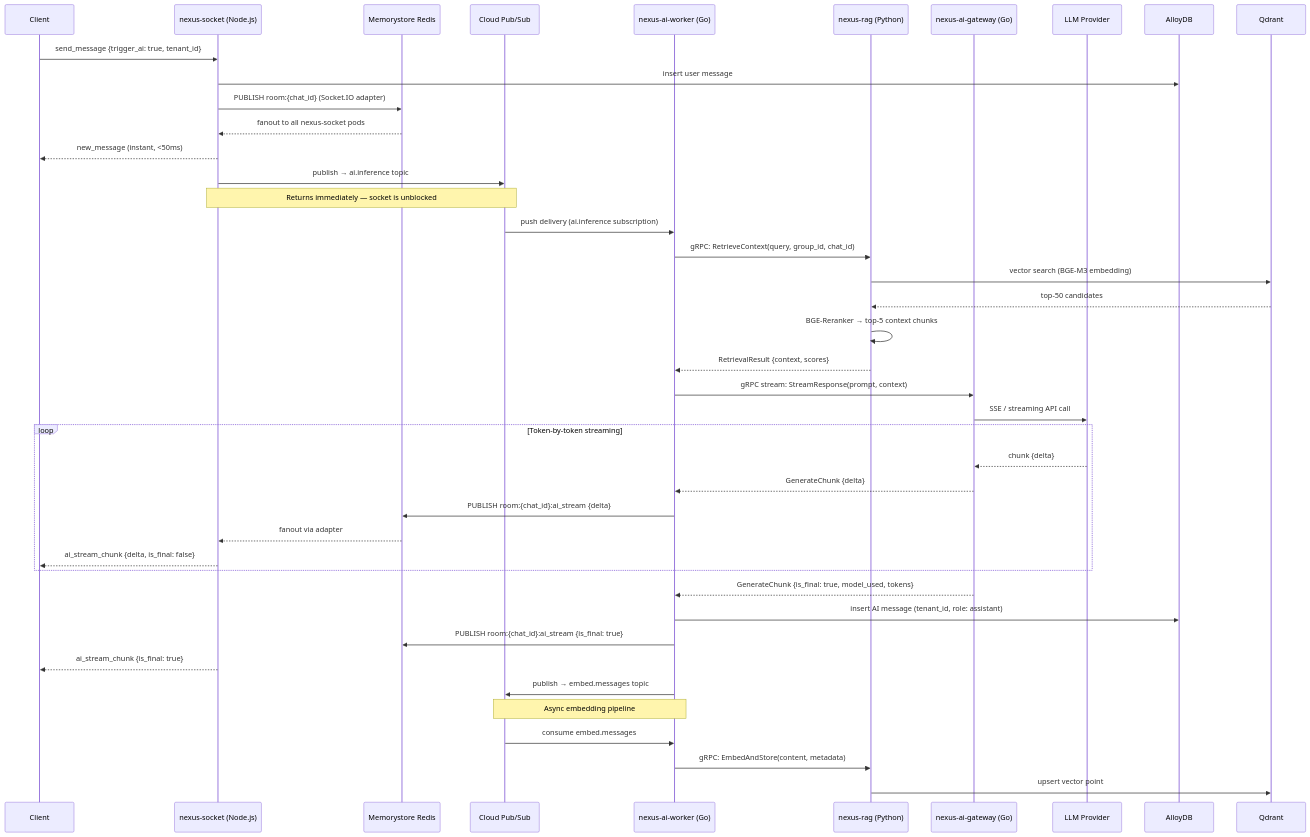
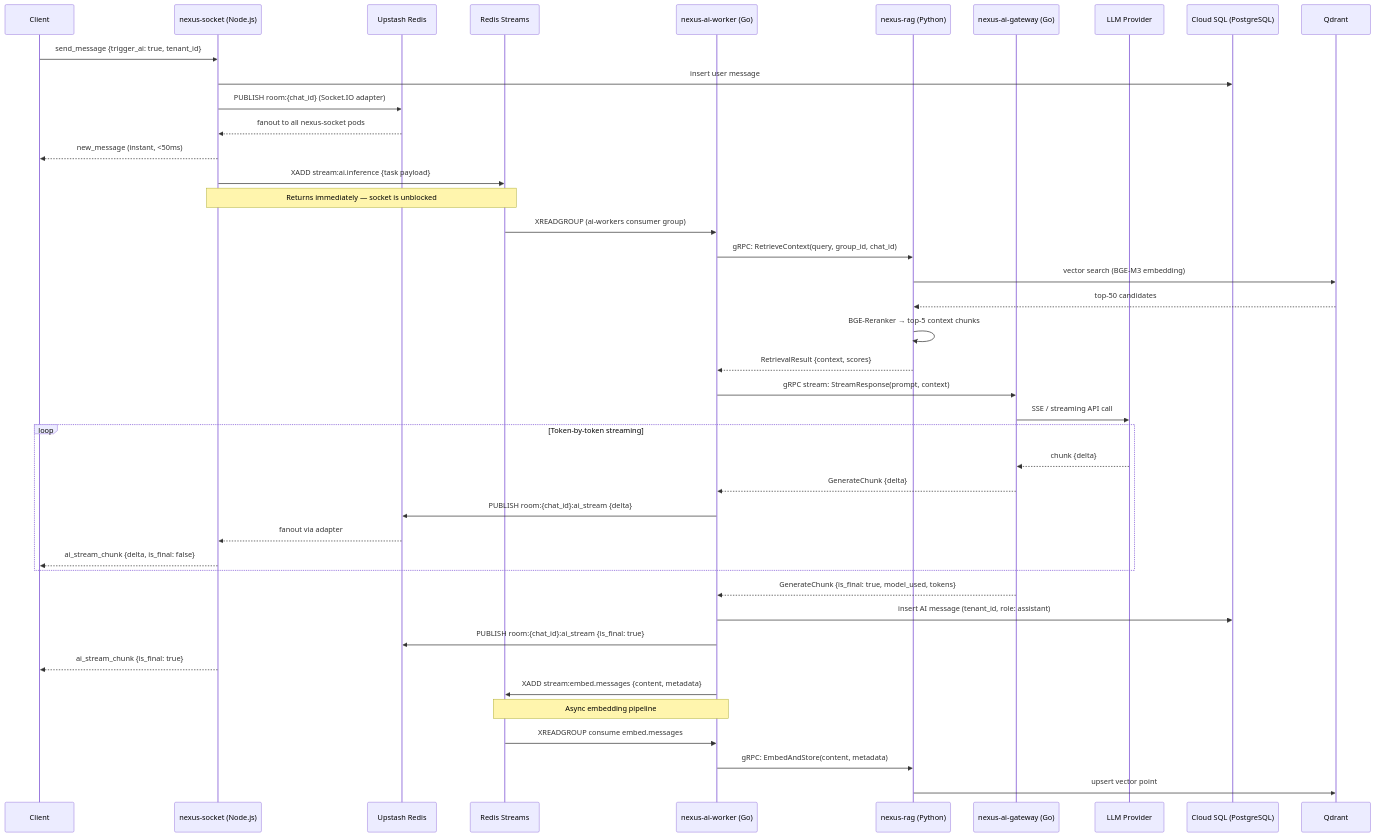
One commit to Nexus-chat-5039/Nexus-chat changed the fifth of 24 diagrams in ARCHITECTURE.md. Above: the diagram before and after it, drawn with Mermaid. The commit also changed other lines of this file and 38 other files, not shown here.

Commit message:
feat: implement minimal architecture with custom JWT auth

````diff
--- a/ARCHITECTURE.md
+++ b/ARCHITECTURE.md
@@ -526,50 +548,50 @@
 ```mermaid
 sequenceDiagram
     participant C as Client
     participant SIO as nexus-socket (Node.js)
-    participant RED as Memorystore Redis
-    participant PUB as Cloud Pub/Sub
+    participant RED as Upstash Redis
+    participant STRM as Redis Streams
     participant WRK as nexus-ai-worker (Go)
     participant RAG as nexus-rag (Python)
     participant AIGW as nexus-ai-gateway (Go)
     participant LLM as LLM Provider
-    participant P as AlloyDB
+    participant P as Cloud SQL (PostgreSQL)
     participant Q as Qdrant
 
     C->>SIO: send_message {trigger_ai: true, tenant_id}
     SIO->>P: insert user message
     SIO->>RED: PUBLISH room:{chat_id} (Socket.IO adapter)
     RED-->>SIO: fanout to all nexus-socket pods
     SIO-->>C: new_message (instant, <50ms)
 
-    SIO->>PUB: publish → ai.inference topic
-    Note over SIO,PUB: Returns immediately — socket is unblocked
+    SIO->>STRM: XADD stream:ai.inference {task payload}
+    Note over SIO,STRM: Returns immediately — socket is unblocked
 
-    PUB->>WRK: push delivery (ai.inference subscription)
+    STRM->>WRK: XREADGROUP (ai-workers consumer group)
     WRK->>RAG: gRPC: RetrieveContext(query, group_id, chat_id)
     RAG->>Q: vector search (BGE-M3 embedding)
     Q-->>RAG: top-50 candidates
     RAG->>RAG: BGE-Reranker → top-5 context chunks
     RAG-->>WRK: RetrievalResult {context, scores}
 
     WRK->>AIGW: gRPC stream: StreamResponse(prompt, context)
     AIGW->>LLM: SSE / streaming API call
     loop Token-by-token streaming
         LLM-->>AIGW: chunk {delta}
         AIGW-->>WRK: GenerateChunk {delta}
         WRK->>RED: PUBLISH room:{chat_id}:ai_stream {delta}
         RED-->>SIO: fanout via adapter
         SIO-->>C: ai_stream_chunk {delta, is_final: false}
     end
     AIGW-->>WRK: GenerateChunk {is_final: true, model_used, tokens}
 
     WRK->>P: insert AI message (tenant_id, role: assistant)
     WRK->>RED: PUBLISH room:{chat_id}:ai_stream {is_final: true}
     SIO-->>C: ai_stream_chunk {is_final: true}
 
-    WRK->>PUB: publish → embed.messages topic
-    Note over WRK,PUB: Async embedding pipeline
-    PUB->>WRK: consume embed.messages
+    WRK->>STRM: XADD stream:embed.messages {content, metadata}
+    Note over WRK,STRM: Async embedding pipeline
+    STRM->>WRK: XREADGROUP consume embed.messages
     WRK->>RAG: gRPC: EmbedAndStore(content, metadata)
     RAG->>Q: upsert vector point
 ```
````
